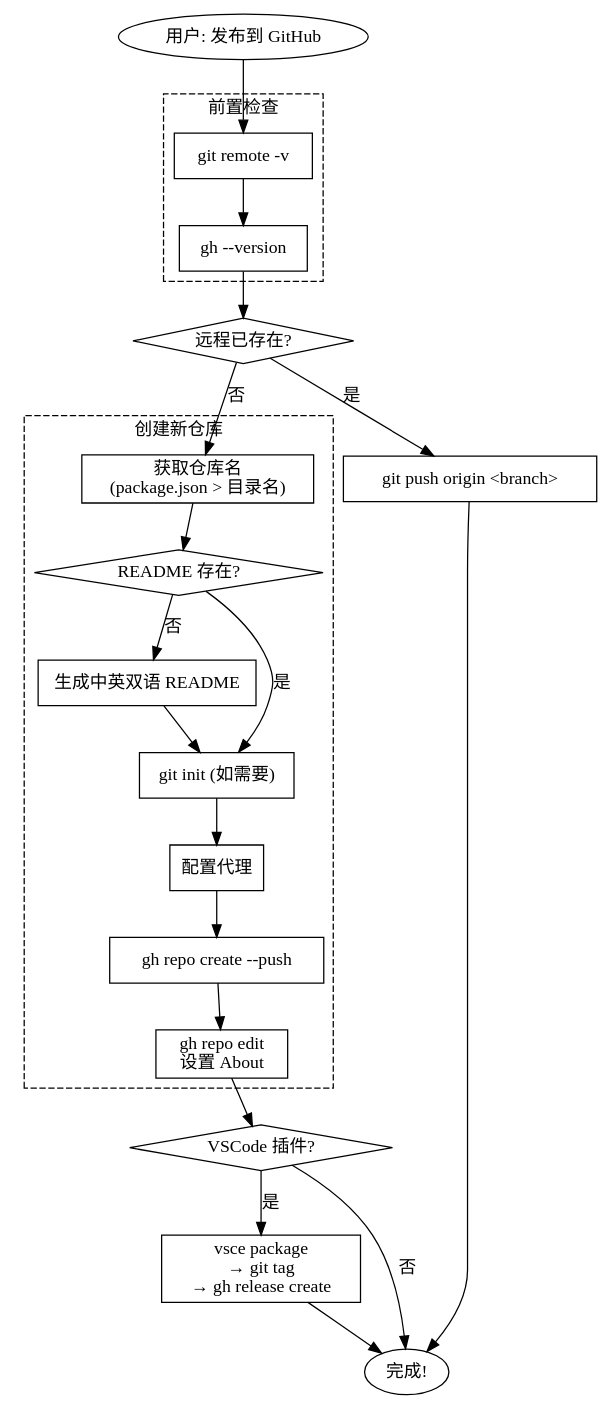
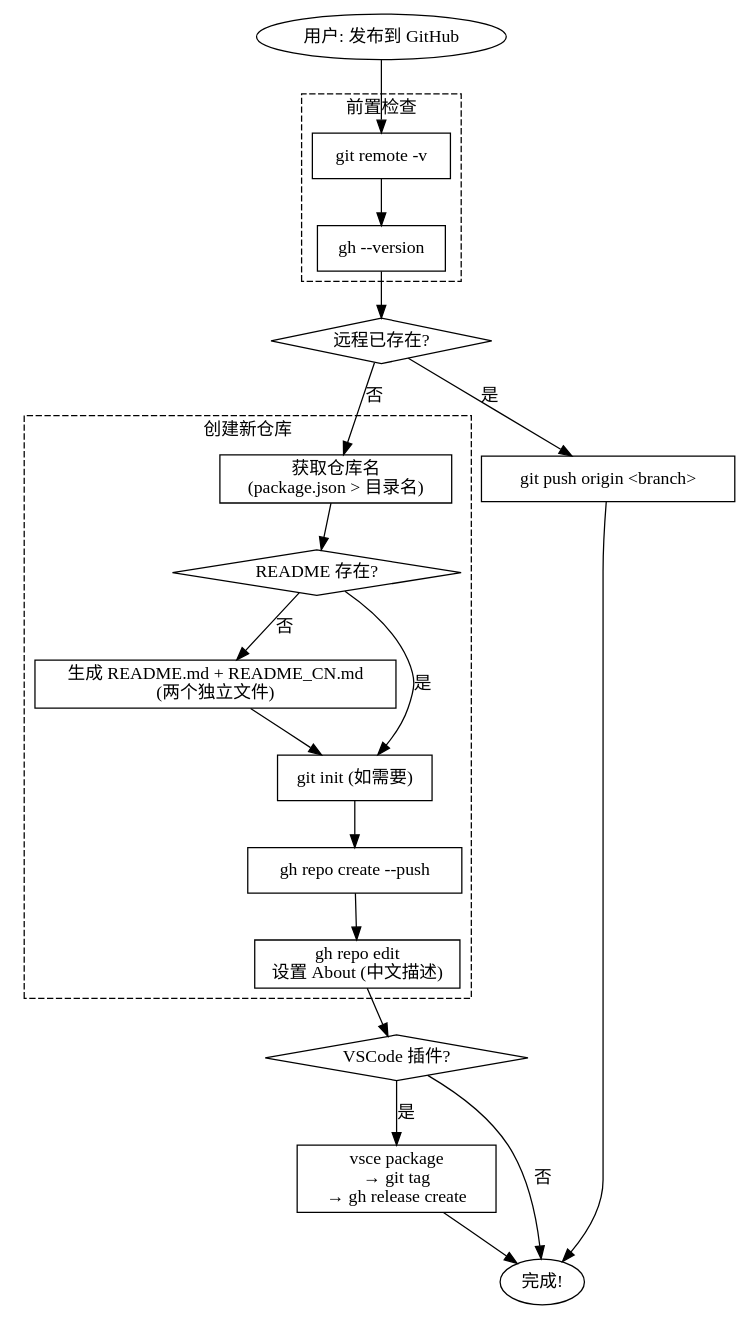
Before and after one commit to wangjs-jacky/jacky-skills: the diagram in github-repo-publish/SKILL.md, drawn with Graphviz. The commit also changed other lines of this file, not shown here.

Commit message:
docs: 更新 github-repo-publish skill - 分离中英文 README、About 使用中文

````diff
--- a/github-repo-publish/SKILL.md
+++ b/github-repo-publish/SKILL.md
@@ -235,50 +279,49 @@
 ```dot
 digraph github_publish {
     rankdir=TB;
     node [shape=box];
 
     start [label="用户: 发布到 GitHub" shape=oval];
 
     subgraph cluster_check {
         label="前置检查";
         style=dashed;
         check_remote [label="git remote -v"];
         check_gh [label="gh --version"];
     }
 
     remote_exists [label="远程已存在?" shape=diamond];
     push_only [label="git push origin <branch>"];
 
     subgraph cluster_create {
         label="创建新仓库";
         style=dashed;
         get_name [label="获取仓库名\n(package.json > 目录名)"];
         check_readme [label="README 存在?" shape=diamond];
-        gen_readme [label="生成中英双语 README"];
+        gen_readme [label="生成 README.md + README_CN.md\n(两个独立文件)"];
         init_git [label="git init (如需要)"];
-        set_proxy [label="配置代理"];
         create_repo [label="gh repo create --push"];
-        set_about [label="gh repo edit\n设置 About"];
+        set_about [label="gh repo edit\n设置 About (中文描述)"];
     }
 
     vscode_check [label="VSCode 插件?" shape=diamond];
     release_flow [label="vsce package\n→ git tag\n→ gh release create"];
 
     done [label="完成!" shape=oval];
 
     start -> check_remote -> check_gh -> remote_exists;
     remote_exists -> push_only [label="是"];
     remote_exists -> get_name [label="否"];
     push_only -> done;
 
     get_name -> check_readme;
     check_readme -> gen_readme [label="否"];
     check_readme -> init_git [label="是"];
     gen_readme -> init_git;
 
-    init_git -> set_proxy -> create_repo -> set_about -> vscode_check;
+    init_git -> create_repo -> set_about -> vscode_check;
     vscode_check -> release_flow [label="是"];
     vscode_check -> done [label="否"];
     release_flow -> done;
 }
 ```
````
